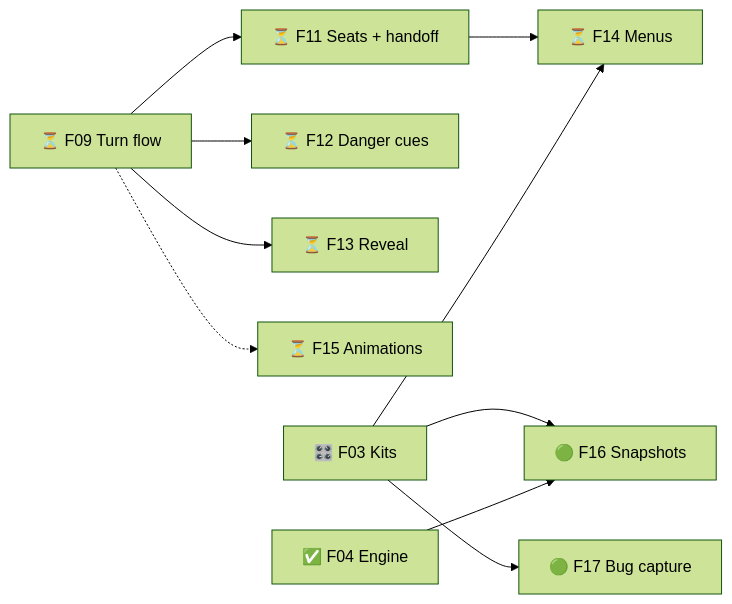
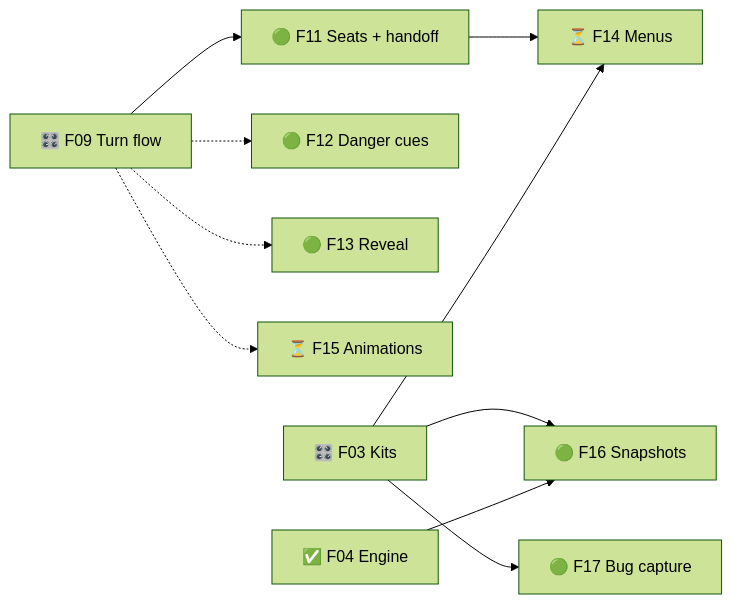
The third of 4 diagrams in .planning/ROADMAP.md (TheBlueMuzzy/Glyphtender), drawn with Mermaid (forest theme) before and after one commit. The commit also changed other lines of this file and 2 other files, not shown here.

Commit message:
Sprint 03 done — playable 2-player garden (board, tray, draft, turn flow, throw); F08–F10 waiting on Muzzy's play

````diff
--- a/.planning/ROADMAP.md
+++ b/.planning/ROADMAP.md
@@ -60,12 +60,12 @@
 ```mermaid
 flowchart LR
-  F09[⏳ F09 Turn flow] --> F11[⏳ F11 Seats + handoff]
-  F09 --> F12[⏳ F12 Danger cues]
-  F09 --> F13[⏳ F13 Reveal]
+  F09[🎛️ F09 Turn flow] --> F11[🟢 F11 Seats + handoff]
+  F09 -.-> F12[🟢 F12 Danger cues]
+  F09 -.-> F13[🟢 F13 Reveal]
   F09 -.-> F15[⏳ F15 Animations]
   F11 --> F14[⏳ F14 Menus]
   F03[🎛️ F03 Kits] --> F14
   F03 --> F16[🟢 F16 Snapshots]
   F04[✅ F04 Engine] --> F16
   F03 --> F17[🟢 F17 Bug capture]
 ```
````
